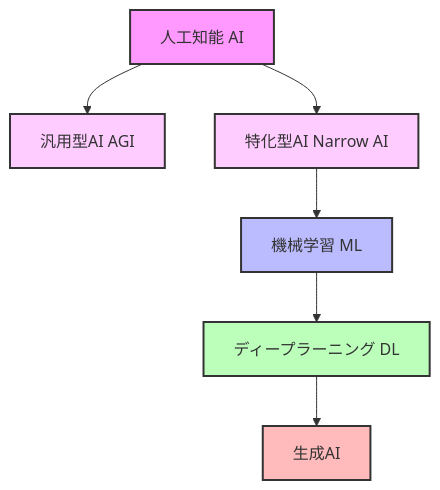
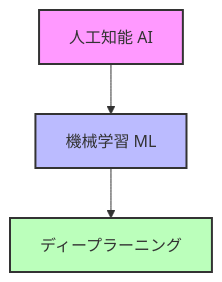
One commit to haruka-aibara/haruka-aibara changed the diagram in docs/AI/100_入門_AIと機械学習の基礎.md. Above: the diagram before and after it, drawn with Mermaid. The commit also changed other lines of this file and 34 other files, not shown here.

````diff
--- a/docs/AI/100_入門_AIと機械学習の基礎.md
+++ b/docs/AI/100_入門_AIと機械学習の基礎.md
@@ -15,14 +18,8 @@
 ```mermaid
 graph TD
-    A[人工知能 AI] --> B1[汎用型AI AGI]
-    A --> B2[特化型AI Narrow AI]
-    B2 --> C[機械学習 ML]
-    C --> D[ディープラーニング DL]
-    D --> E[生成AI]
+    A[人工知能 AI] --> B[機械学習 ML]
+    B --> C[ディープラーニング]
     style A fill:#f9f,stroke:#333,stroke-width:2px
-    style B1 fill:#fcf,stroke:#333,stroke-width:2px
-    style B2 fill:#fcf,stroke:#333,stroke-width:2px
-    style C fill:#bbf,stroke:#333,stroke-width:2px
-    style D fill:#bfb,stroke:#333,stroke-width:2px
-    style E fill:#fbb,stroke:#333,stroke-width:2px
+    style B fill:#bbf,stroke:#333,stroke-width:2px
+    style C fill:#bfb,stroke:#333,stroke-width:2px
 ```
````
